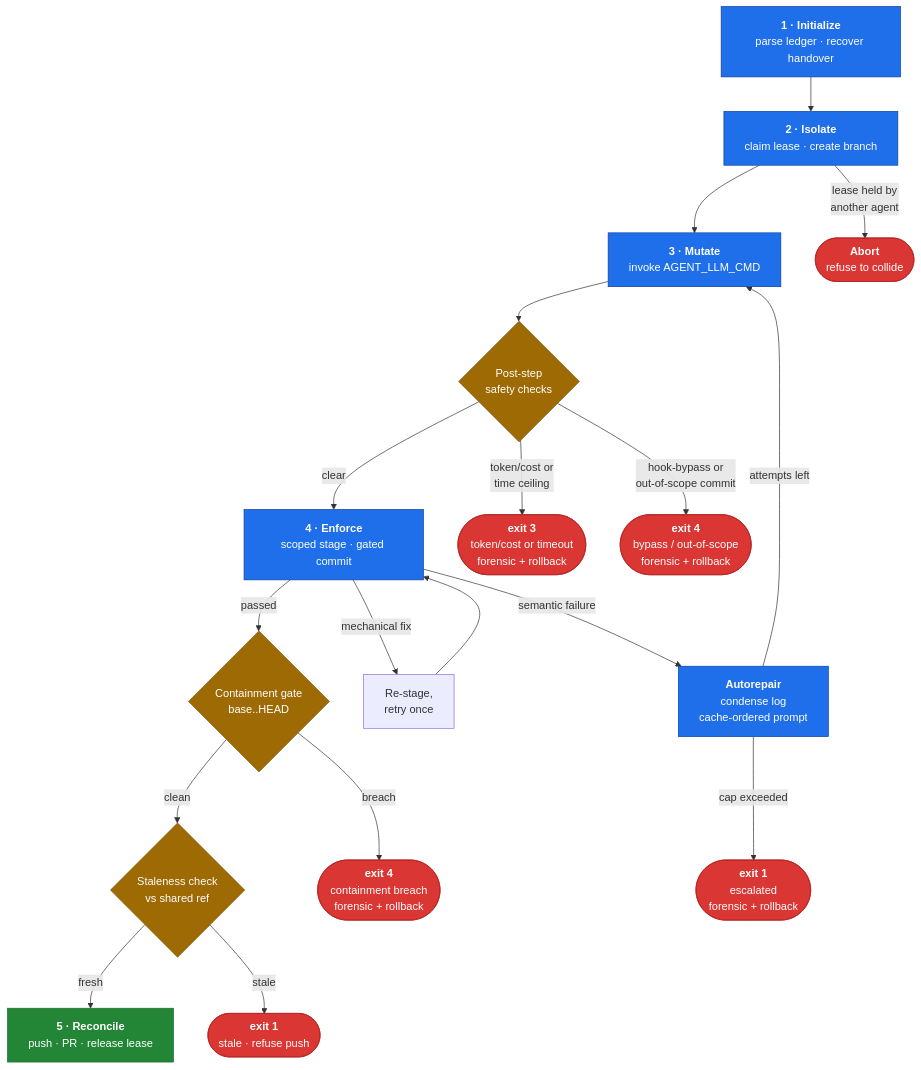
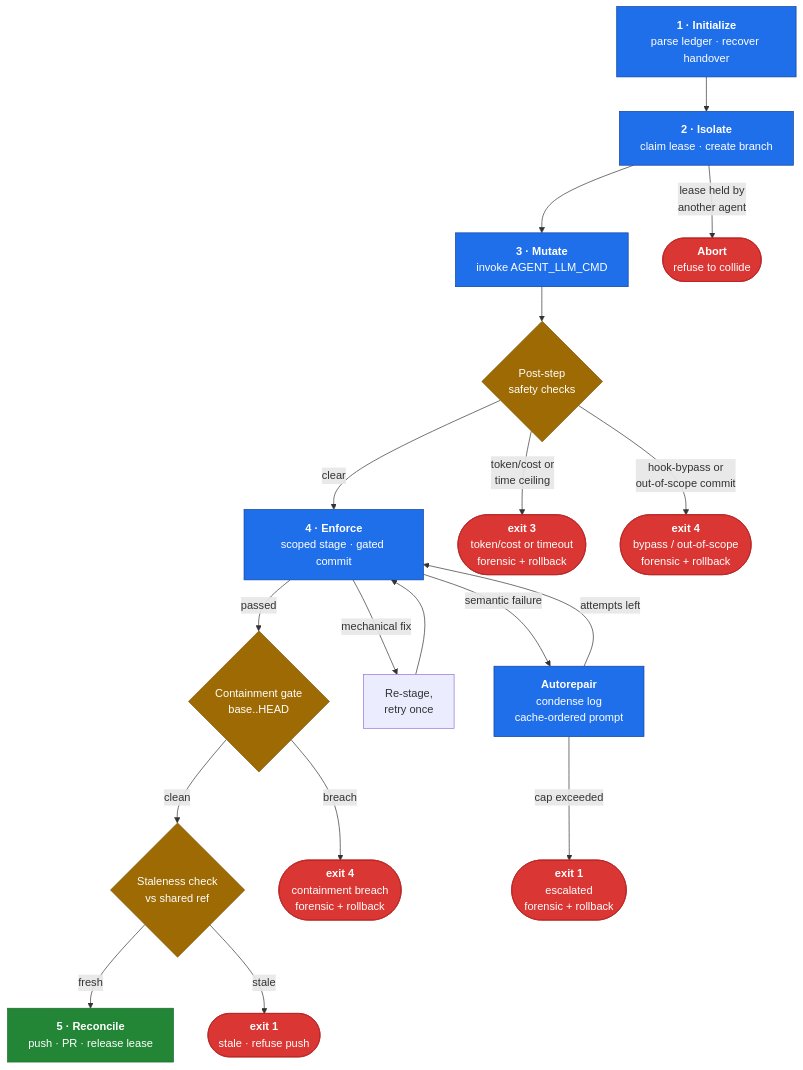
One commit to yuvhaim-gif/dev_harness changed the diagram in harness/docs/overview.md. Above: the diagram before and after it, drawn with Mermaid. The commit also changed other lines of this file and 10 other files, not shown here.

````diff
--- a/harness/docs/overview.md
+++ b/harness/docs/overview.md
@@ -67,50 +67,50 @@
 ```mermaid
 flowchart TD
     %% happy-path spine (top -> bottom)
     A["<b>1 · Initialize</b><br/>parse ledger · recover handover"]
     B["<b>2 · Isolate</b><br/>claim lease · create branch"]
     C["<b>3 · Mutate</b><br/>invoke AGENT_LLM_CMD"]
     G{"Post-step<br/>safety checks"}
     D["<b>4 · Enforce</b><br/>scoped stage · gated commit"]
     P{"Containment gate<br/>base..HEAD"}
     S{"Staleness check<br/>vs shared ref"}
     F["<b>5 · Reconcile</b><br/>push · PR · release lease"]
 
     %% enforce repair loop
     C2["Re-stage,<br/>retry once"]
     E["<b>Autorepair</b><br/>condense log<br/>cache-ordered prompt"]
 
     %% terminals
     R0(["<b>Abort</b><br/>refuse to collide"])
     X3(["<b>exit 3</b><br/>token/cost or timeout<br/>forensic + rollback"])
     X4a(["<b>exit 4</b><br/>bypass / out-of-scope<br/>forensic + rollback"])
     X4b(["<b>exit 4</b><br/>containment breach<br/>forensic + rollback"])
     R1(["<b>exit 1</b><br/>escalated<br/>forensic + rollback"])
     R2(["<b>exit 1</b><br/>stale · refuse push"])
 
     A --> B --> C --> G
     G -->|clear| D
     D -->|passed| P
     P -->|clean| S
     S -->|fresh| F
 
     B -->|lease held by<br/>another agent| R0
     G -->|token/cost or<br/>time ceiling| X3
     G -->|hook-bypass or<br/>out-of-scope commit| X4a
     D -->|mechanical fix| C2 --> D
     D -->|semantic failure| E
-    E -->|attempts left| C
+    E -->|attempts left| D
     E -->|cap exceeded| R1
     P -->|breach| X4b
     S -->|stale| R2
 
     classDef state fill:#1f6feb,stroke:#0d419d,color:#ffffff;
     classDef decision fill:#9e6a03,stroke:#7d5300,color:#ffffff;
     classDef success fill:#238636,stroke:#196c2e,color:#ffffff;
     classDef abort fill:#da3633,stroke:#b62324,color:#ffffff;
 
     class A,B,C,D,E state;
     class G,P,S decision;
     class F success;
     class R0,X3,X4a,X4b,R1,R2 abort;
 ```
````
